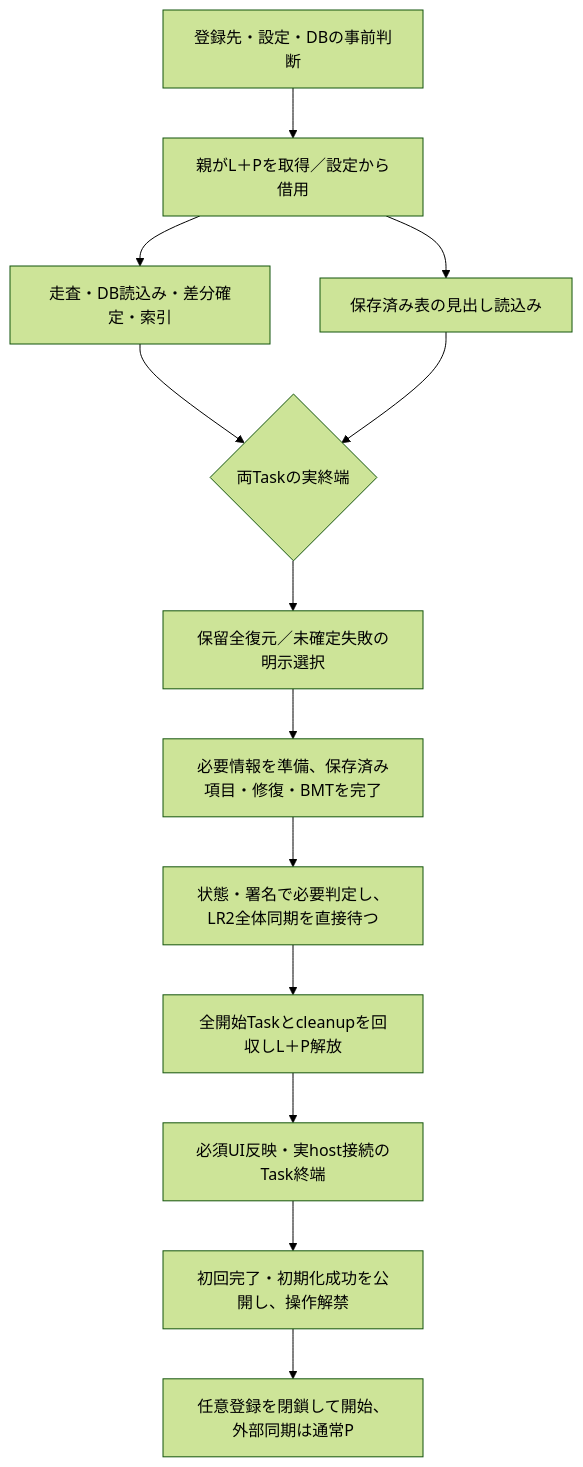
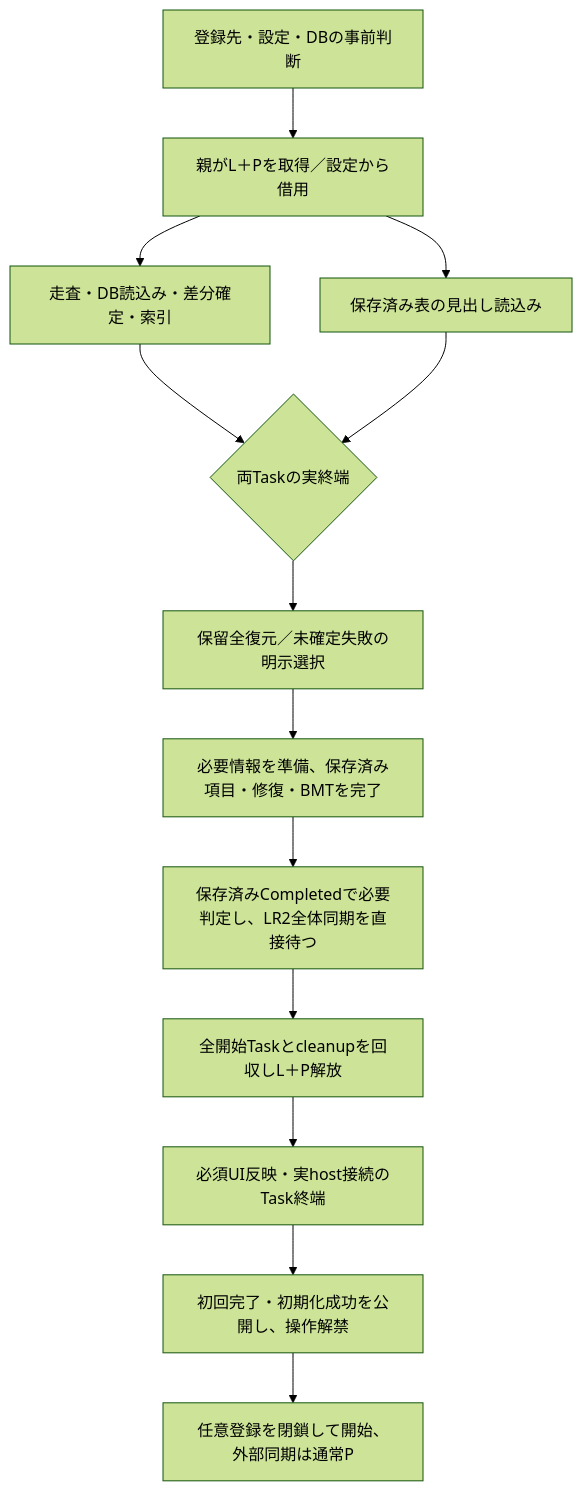
Before and after one commit to Neeted/bemusicseeker-unofficial-fork: the first of 2 diagrams in devdocs/spec/runtime/startup.md, drawn with Mermaid (forest theme). The commit also changed 68 other files, not shown here.

````diff
--- a/devdocs/spec/runtime/startup.md
+++ b/devdocs/spec/runtime/startup.md
@@ -19,15 +19,15 @@
 ```mermaid
 flowchart TB
     Prepare["登録先・設定・DBの事前判断"] --> Parent["親がL＋Pを取得／設定から借用"]
     Parent --> Files["走査・DB読込み・差分確定・索引"]
     Parent --> Headers["保存済み表の見出し読込み"]
     Files --> Join{"両Taskの実終端"}
     Headers --> Join
     Join --> Pending["保留全復元／未確定失敗の明示選択"]
     Pending --> Outputs["必要情報を準備、保存済み項目・修復・BMTを完了"]
-    Outputs --> Lr2["状態・署名で必要判定し、LR2全体同期を直接待つ"]
+    Outputs --> Lr2["保存済みCompletedで必要判定し、LR2全体同期を直接待つ"]
     Lr2 --> Release["全開始Taskとcleanupを回収しL＋P解放"]
     Release --> Ui["必須UI反映・実host接続のTask終端"]
     Ui --> Operable["初回完了・初期化成功を公開し、操作解禁"]
     Operable --> Followup["任意登録を閉鎖して開始、外部同期は通常P"]
 ```
````
